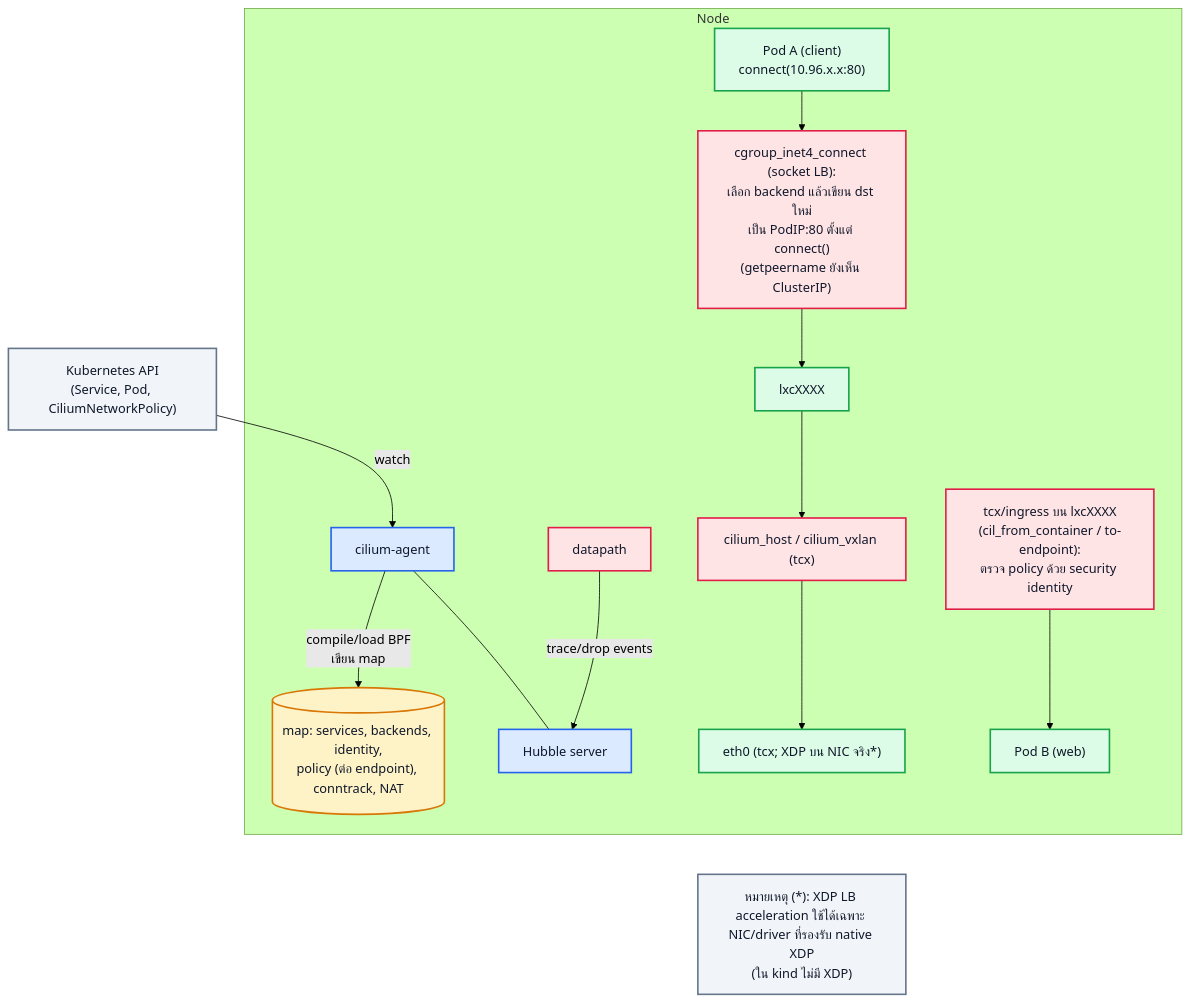
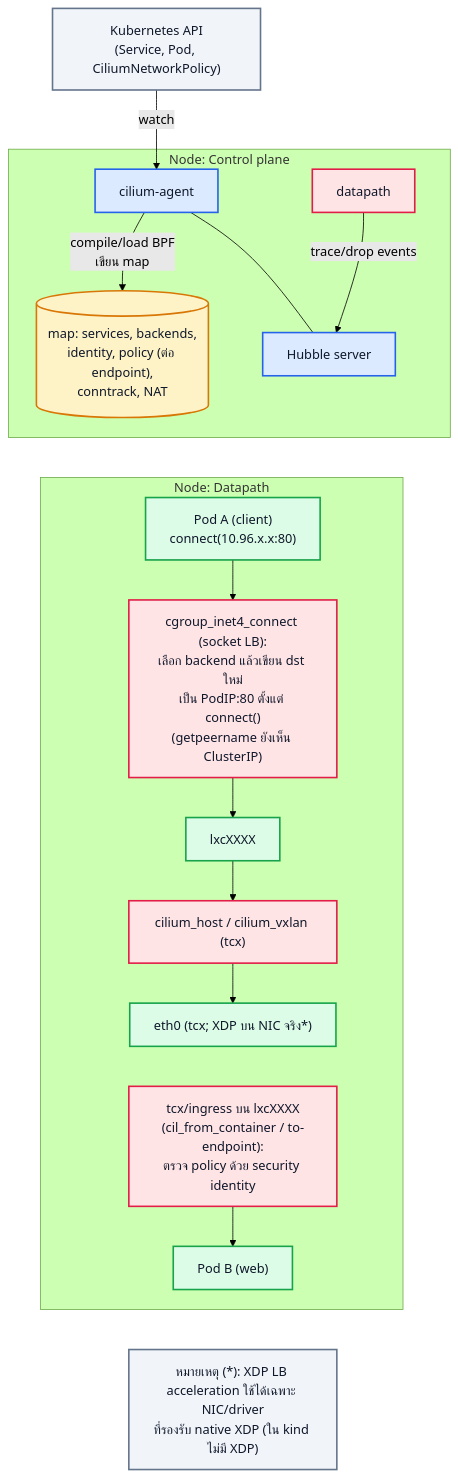
The diagram in docs/diagrams/src/week26-cilium-datapath.mmd (alfaXphoori/ebpf), drawn with Mermaid (forest theme) before and after one commit. The commit also changed 3 other files, not shown here.

First line of the commit message:
docs: narrow the two widest diagrams (week25 struct_ops, week26 Cilium)

```diff
--- a/docs/diagrams/src/week26-cilium-datapath.mmd
+++ b/docs/diagrams/src/week26-cilium-datapath.mmd
@@ -1,38 +1,43 @@
 flowchart TD
     K8S["Kubernetes API<br/>(Service, Pod, CiliumNetworkPolicy)"]
 
-    subgraph NODE["Node"]
-        AG["cilium-agent"]
-        M[("map: services, backends, identity,<br/>policy (ต่อ endpoint), conntrack, NAT")]
-        HS["Hubble server"]
-        DP["datapath"]
-        PA["Pod A (client)<br/>connect(10.96.x.x:80)"]
-        CG["cgroup_inet4_connect (socket LB):<br/>เลือก backend แล้วเขียน dst ใหม่<br/>เป็น PodIP:80 ตั้งแต่ connect()<br/>(getpeername ยังเห็น ClusterIP)"]
-        LXC["lxcXXXX"]
-        CH["cilium_host / cilium_vxlan (tcx)"]
-        ETH["eth0 (tcx; XDP บน NIC จริง#42;)"]
-        TCX["tcx/ingress บน lxcXXXX<br/>(cil_from_container / to-endpoint):<br/>ตรวจ policy ด้วย security identity"]
-        PB["Pod B (web)"]
-
-        AG -- "compile/load BPF<br/>เขียน map" --> M
-        AG --- HS
-        DP -- "trace/drop events" --> HS
-        PA --> CG --> LXC --> CH --> ETH
-        TCX --> PB
+    subgraph CTRL["Node: Control plane"]
+            AG["cilium-agent"]
+            M[("map: services, backends,<br/>identity, policy (ต่อ endpoint),<br/>conntrack, NAT")]
+            HS["Hubble server"]
+            DP["datapath"]
     end
 
-    NOTE["หมายเหตุ (#42;): XDP LB acceleration ใช้ได้เฉพาะ NIC/driver ที่รองรับ native XDP<br/>(ใน kind ไม่มี XDP)"]
+    subgraph DATA["Node: Datapath"]
+            PA["Pod A (client)<br/>connect(10.96.x.x:80)"]
+            CG["cgroup_inet4_connect (socket LB):<br/>เลือก backend แล้วเขียน dst ใหม่<br/>เป็น PodIP:80 ตั้งแต่ connect()<br/>(getpeername ยังเห็น ClusterIP)"]
+            LXC["lxcXXXX"]
+            CH["cilium_host / cilium_vxlan (tcx)"]
+            ETH["eth0 (tcx; XDP บน NIC จริง#42;)"]
+            TCX["tcx/ingress บน lxcXXXX<br/>(cil_from_container / to-endpoint):<br/>ตรวจ policy ด้วย security identity"]
+            PB["Pod B (web)"]
+    end
+
+    NOTE["หมายเหตุ (#42;): XDP LB acceleration ใช้ได้เฉพาะ NIC/driver<br/>ที่รองรับ native XDP (ใน kind ไม่มี XDP)"]
 
     K8S -- "watch" --> AG
-    ETH ~~~ NOTE
+    AG -- "compile/load BPF<br/>เขียน map" --> M
+    AG --- HS
+    DP -- "trace/drop events" --> HS
+    PA --> CG --> LXC --> CH --> ETH
+    TCX --> PB
+    M ~~~ PA
+    HS ~~~ PA
+    ETH ~~~ TCX
+    PB ~~~ NOTE
 
     classDef kern fill:#ffe4e6,stroke:#e11d48,stroke-width:2px,color:#0f172a
     classDef user fill:#dbeafe,stroke:#2563eb,stroke-width:2px,color:#0f172a
     classDef map fill:#fef3c7,stroke:#d97706,stroke-width:2px,color:#0f172a
     classDef net fill:#dcfce7,stroke:#16a34a,stroke-width:2px,color:#0f172a
     classDef trig fill:#f1f5f9,stroke:#64748b,stroke-width:2px,color:#0f172a
     class AG,HS user
     class M map
     class DP,CG,CH,TCX kern
     class PA,PB,LXC,ETH net
     class K8S,NOTE trig
```
